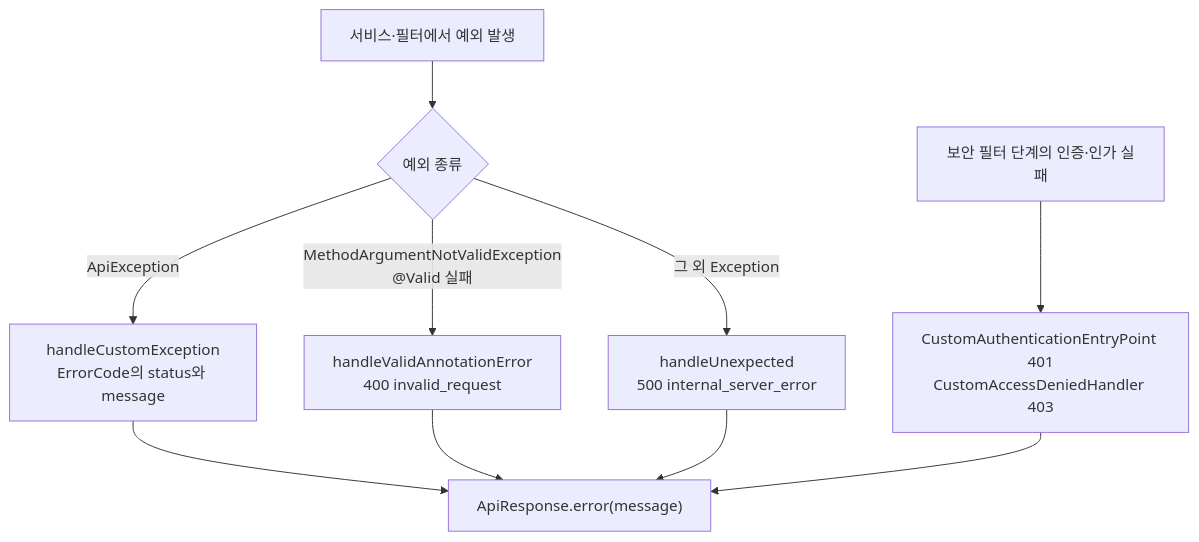
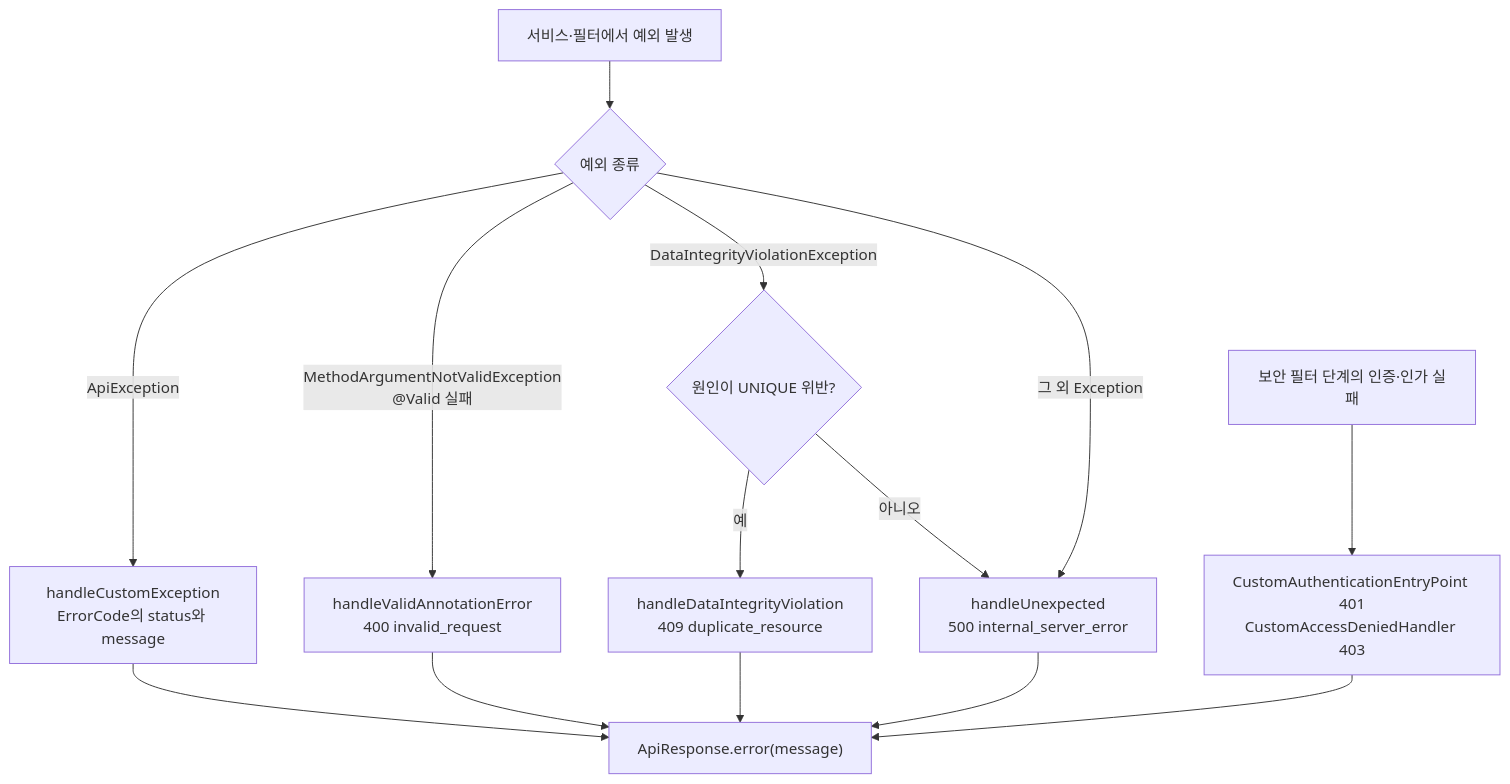
Before and after one commit to dragonwaterr/KTB_robin_Full_Community: the fourth of 4 diagrams in docs/architecture.md, drawn with Mermaid. The commit also changed other lines of this file and 5 other files, not shown here.

````diff
--- a/docs/architecture.md
+++ b/docs/architecture.md
@@ -128,12 +128,16 @@
 ```mermaid
 flowchart TD
     A["서비스·필터에서 예외 발생"] --> B{"예외 종류"}
     B -->|"ApiException"| C["handleCustomException<br/>ErrorCode의 status와 message"]
     B -->|"MethodArgumentNotValidException<br/>@Valid 실패"| D["handleValidAnnotationError<br/>400 invalid_request"]
+    B -->|"DataIntegrityViolationException"| U{"원인이 UNIQUE 위반?"}
+    U -->|"예"| V["handleDataIntegrityViolation<br/>409 duplicate_resource"]
+    U -->|"아니오"| E
     B -->|"그 외 Exception"| E["handleUnexpected<br/>500 internal_server_error"]
     C --> R["ApiResponse.error(message)"]
     D --> R
+    V --> R
     E --> R
     F["보안 필터 단계의 인증·인가 실패"] --> G["CustomAuthenticationEntryPoint 401<br/>CustomAccessDeniedHandler 403"]
     G --> R
 ```
````
